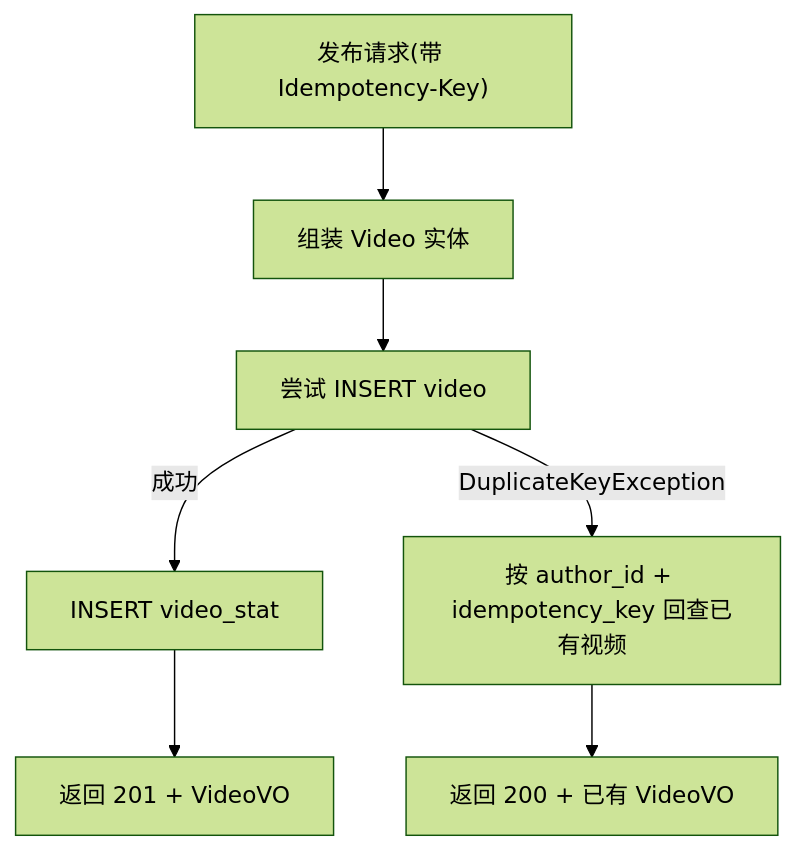
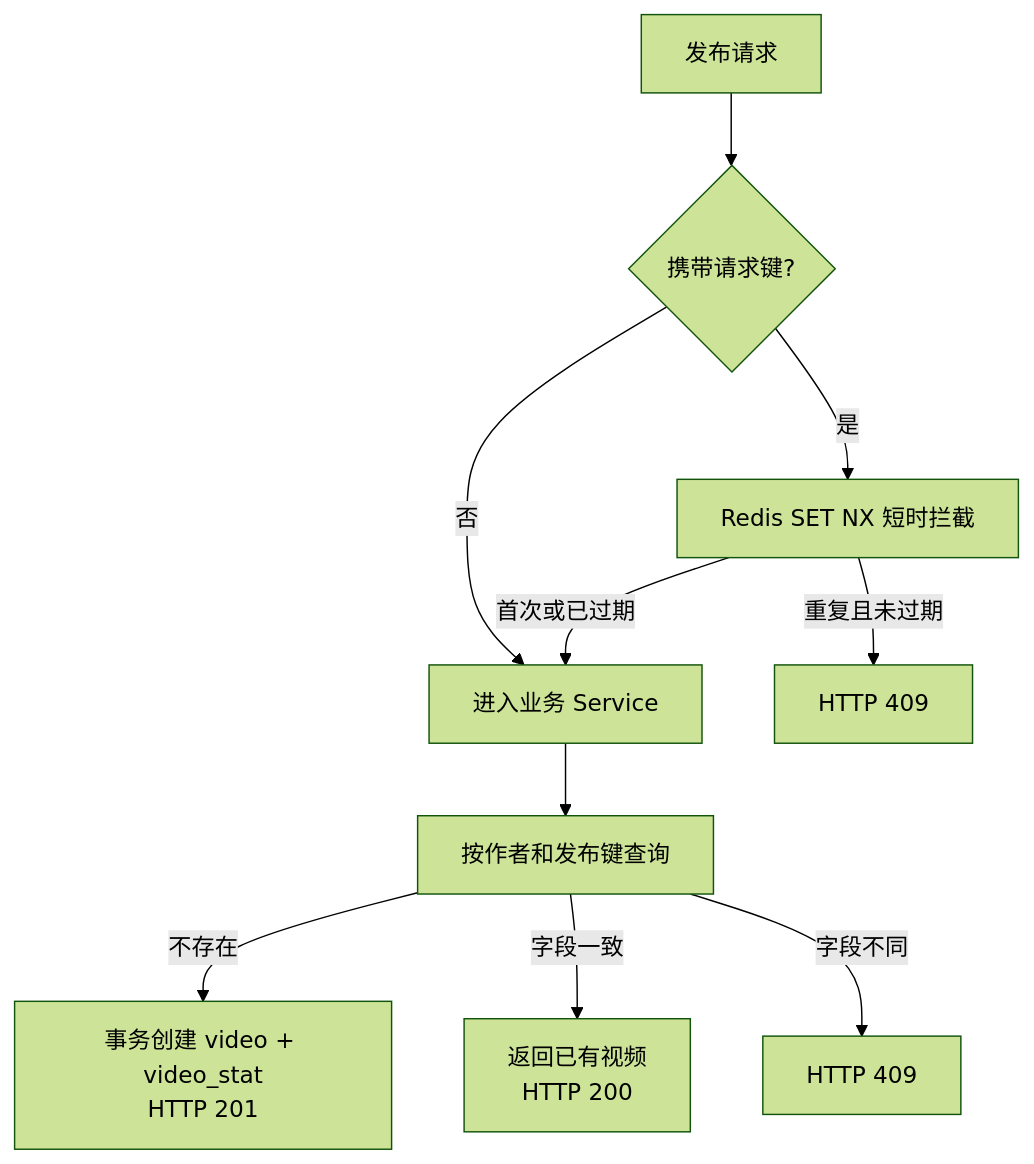
One commit to gmjneko/GCFeed-Java changed the third of 10 diagrams in docs/05-模块功能设计.md. Above: the diagram before and after it, drawn with Mermaid (forest theme). The commit also changed other lines of this file and 14 other files, not shown here.

````diff
--- a/docs/05-模块功能设计.md
+++ b/docs/05-模块功能设计.md
@@ -351,9 +335,12 @@
 ```mermaid
 flowchart TD
-    A["发布请求(带 Idempotency-Key)"] --> B["组装 Video 实体"]
-    B --> C["尝试 INSERT video"]
-    C -->|成功| D["INSERT video_stat"]
-    D --> E["返回 201 + VideoVO"]
-    C -->|DuplicateKeyException| F["按 author_id + idempotency_key 回查已有视频"]
-    F --> G["返回 200 + 已有 VideoVO"]
+    A["发布请求"] --> B{"携带请求键?"}
+    B -->|是| C["Redis SET NX 短时拦截"]
+    B -->|否| D["进入业务 Service"]
+    C -->|重复且未过期| E["HTTP 409"]
+    C -->|首次或已过期| D
+    D --> F["按作者和发布键查询"]
+    F -->|不存在| G["事务创建 video + video_stat<br/>HTTP 201"]
+    F -->|字段一致| H["返回已有视频<br/>HTTP 200"]
+    F -->|字段不同| I["HTTP 409"]
 ```
````
